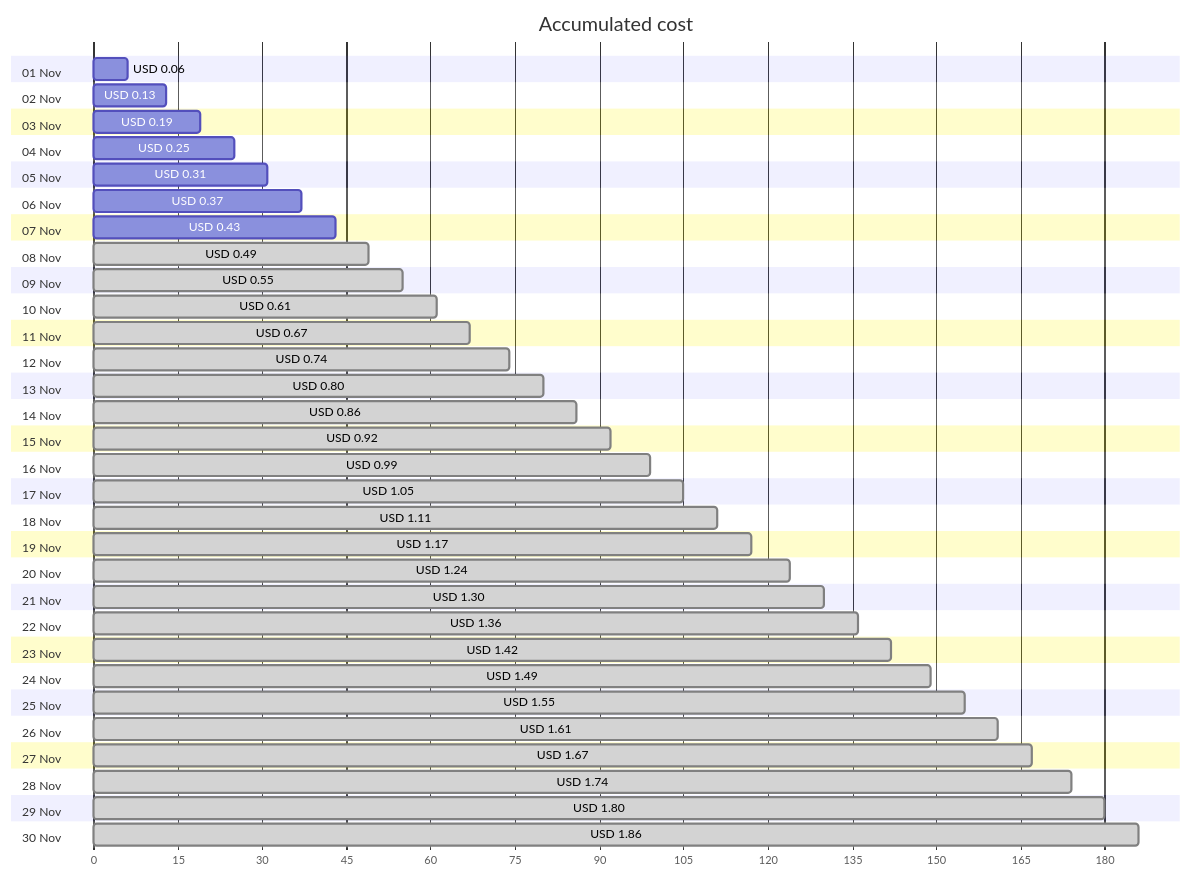
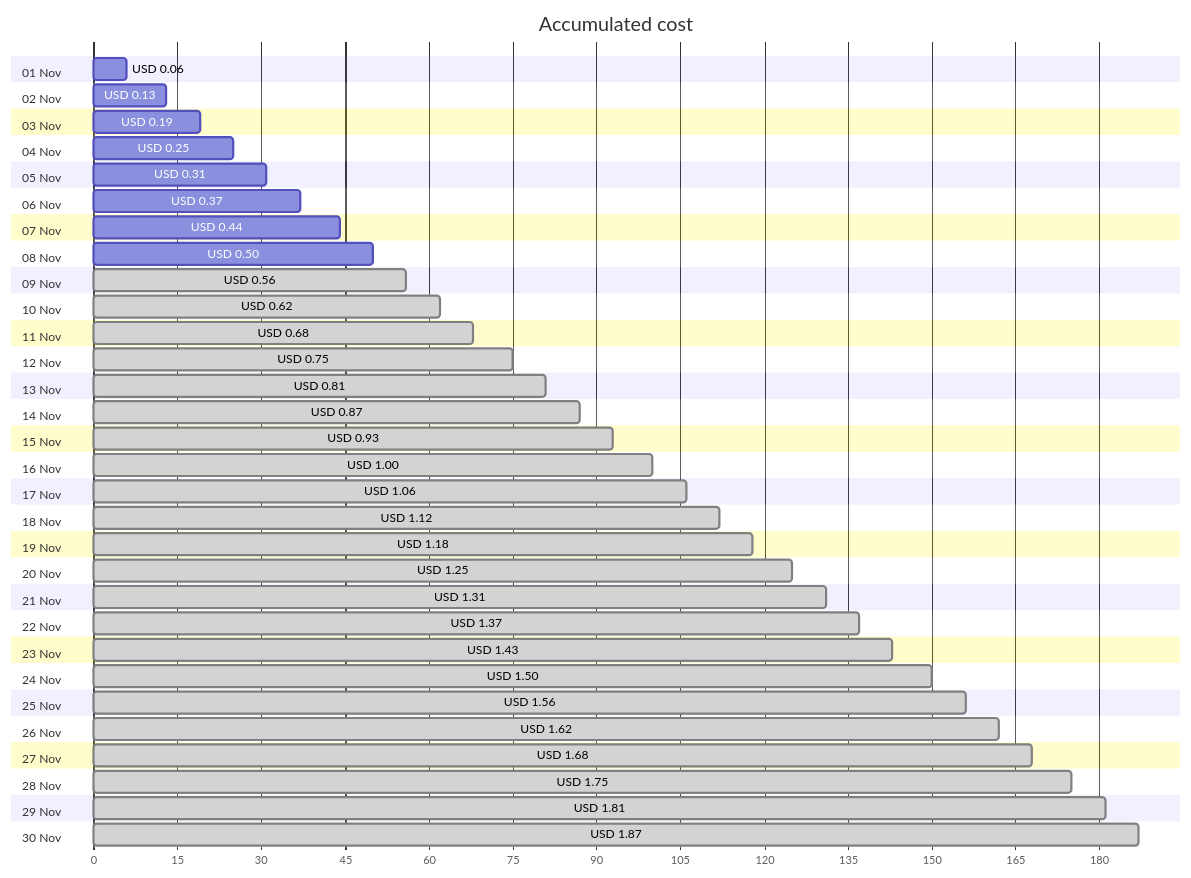
The first of 4 diagrams in cost-reports/personal-network/backup-server_OsDisk.md (jpfulton/azure-personal-reports), drawn with Mermaid before and after one commit. The commit also changed other lines of this file and 8 other files, not shown here.

````diff
--- a/cost-reports/personal-network/backup-server_OsDisk.md
+++ b/cost-reports/personal-network/backup-server_OsDisk.md
@@ -20,66 +20,66 @@
 ```mermaid
 gantt
    title Accumulated cost
    dateFormat  X
    axisFormat %s
    section 01 Nov
    USD 0.06 :0, 6
    section 02 Nov
    USD 0.13 :0, 13
    section 03 Nov
    USD 0.19 :0, 19
    section 04 Nov
    USD 0.25 :0, 25
    section 05 Nov
    USD 0.31 :0, 31
    section 06 Nov
    USD 0.37 :0, 37
    section 07 Nov
-   USD 0.43 :0, 43
+   USD 0.44 :0, 44
    section 08 Nov
-   USD 0.49 : done, 0, 49
+   USD 0.50 :0, 50
    section 09 Nov
-   USD 0.55 : done, 0, 55
+   USD 0.56 : done, 0, 56
    section 10 Nov
-   USD 0.61 : done, 0, 61
+   USD 0.62 : done, 0, 62
    section 11 Nov
-   USD 0.67 : done, 0, 67
+   USD 0.68 : done, 0, 68
    section 12 Nov
-   USD 0.74 : done, 0, 74
+   USD 0.75 : done, 0, 75
    section 13 Nov
-   USD 0.80 : done, 0, 80
+   USD 0.81 : done, 0, 81
    section 14 Nov
-   USD 0.86 : done, 0, 86
+   USD 0.87 : done, 0, 87
    section 15 Nov
-   USD 0.92 : done, 0, 92
+   USD 0.93 : done, 0, 93
    section 16 Nov
-   USD 0.99 : done, 0, 99
+   USD 1.00 : done, 0, 100
    section 17 Nov
-   USD 1.05 : done, 0, 105
+   USD 1.06 : done, 0, 106
    section 18 Nov
-   USD 1.11 : done, 0, 111
+   USD 1.12 : done, 0, 112
    section 19 Nov
-   USD 1.17 : done, 0, 117
+   USD 1.18 : done, 0, 118
    section 20 Nov
-   USD 1.24 : done, 0, 124
+   USD 1.25 : done, 0, 125
    section 21 Nov
-   USD 1.30 : done, 0, 130
+   USD 1.31 : done, 0, 131
    section 22 Nov
-   USD 1.36 : done, 0, 136
+   USD 1.37 : done, 0, 137
    section 23 Nov
-   USD 1.42 : done, 0, 142
+   USD 1.43 : done, 0, 143
    section 24 Nov
-   USD 1.49 : done, 0, 149
+   USD 1.50 : done, 0, 150
    section 25 Nov
-   USD 1.55 : done, 0, 155
+   USD 1.56 : done, 0, 156
    section 26 Nov
-   USD 1.61 : done, 0, 161
+   USD 1.62 : done, 0, 162
    section 27 Nov
-   USD 1.67 : done, 0, 167
+   USD 1.68 : done, 0, 168
    section 28 Nov
-   USD 1.74 : done, 0, 174
+   USD 1.75 : done, 0, 175
    section 29 Nov
-   USD 1.80 : done, 0, 180
+   USD 1.81 : done, 0, 181
    section 30 Nov
-   USD 1.86 : done, 0, 186
+   USD 1.87 : done, 0, 187
 ```
````
